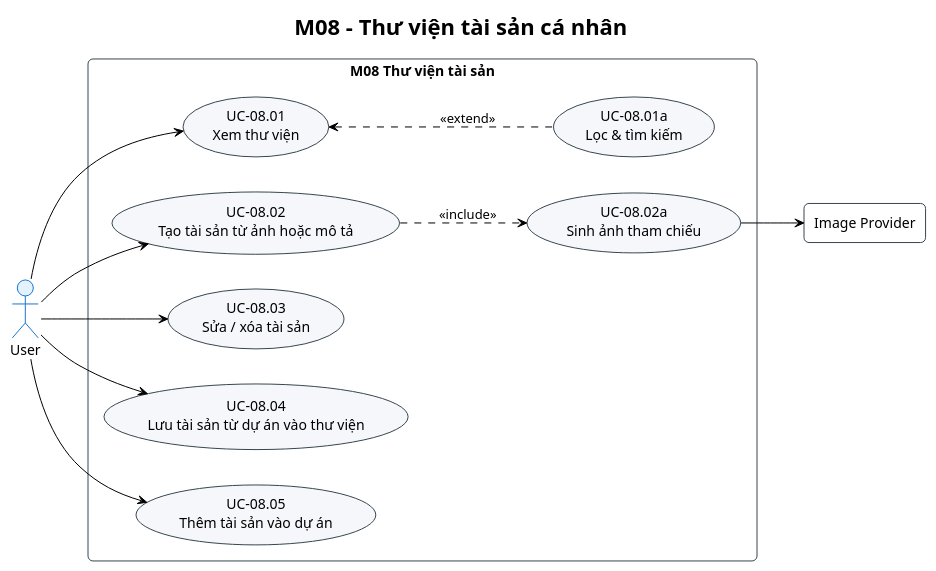
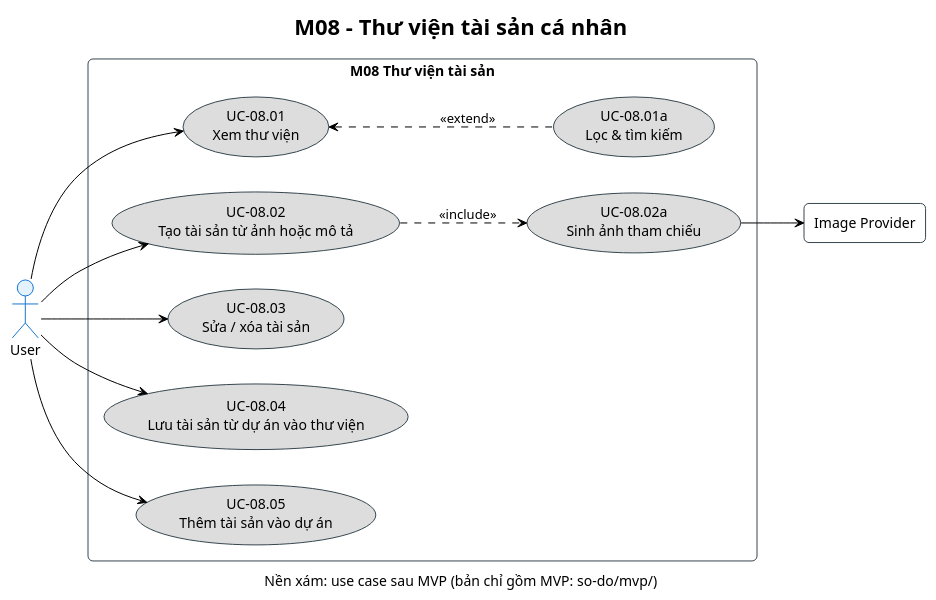
Before and after one commit to 202416852-anhpv/story2video-docs: the diagram in demo-c2story/so-do/01-use-case/phan-ra/uc-m08-thu-vien-tai-san.puml, drawn with PlantUML. The commit also changed 100 other files, not shown here.

```diff
--- a/demo-c2story/so-do/01-use-case/phan-ra/uc-m08-thu-vien-tai-san.puml
+++ b/demo-c2story/so-do/01-use-case/phan-ra/uc-m08-thu-vien-tai-san.puml
@@ -1,40 +1,41 @@
 @startuml UC_M08_ThuVien
 !theme plain
 skinparam defaultFontName "Segoe UI"
 skinparam roundCorner 10
 skinparam actor {
     BackgroundColor #E3F2FD
     BorderColor #1976D2
 }
 skinparam usecase {
     BackgroundColor #F5F7FA
     BorderColor #37474F
 }
 skinparam rectangle {
     BorderColor #37474F
 }
 left to right direction
 title M08 - Thư viện tài sản cá nhân
 
 actor "User" as User
 
 rectangle "M08 Thư viện tài sản" {
-    usecase "UC-08.01\nXem thư viện" as UC1
-    usecase "UC-08.01a\nLọc & tìm kiếm" as UC1a
-    usecase "UC-08.02\nTạo tài sản từ ảnh hoặc mô tả" as UC2
-    usecase "UC-08.02a\nSinh ảnh tham chiếu" as UC2a
-    usecase "UC-08.03\nSửa / xóa tài sản" as UC3
-    usecase "UC-08.04\nLưu tài sản từ dự án vào thư viện" as UC4
-    usecase "UC-08.05\nThêm tài sản vào dự án" as UC5
+    usecase "UC-08.01\nXem thư viện" as UC1 #DDDDDD
+    usecase "UC-08.01a\nLọc & tìm kiếm" as UC1a #DDDDDD
+    usecase "UC-08.02\nTạo tài sản từ ảnh hoặc mô tả" as UC2 #DDDDDD
+    usecase "UC-08.02a\nSinh ảnh tham chiếu" as UC2a #DDDDDD
+    usecase "UC-08.03\nSửa / xóa tài sản" as UC3 #DDDDDD
+    usecase "UC-08.04\nLưu tài sản từ dự án vào thư viện" as UC4 #DDDDDD
+    usecase "UC-08.05\nThêm tài sản vào dự án" as UC5 #DDDDDD
 }
 rectangle "Image Provider" as IMG
 
 User --> UC1
 User --> UC2
 User --> UC3
 User --> UC4
 User --> UC5
 UC1 <.. UC1a : <<extend>>
 UC2 ..> UC2a : <<include>>
 UC2a --> IMG
+caption Nền xám: use case sau MVP (bản chỉ gồm MVP: so-do/mvp/)
 @enduml
```
